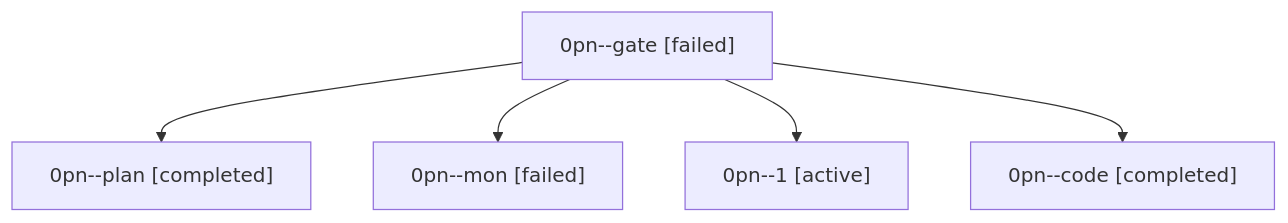
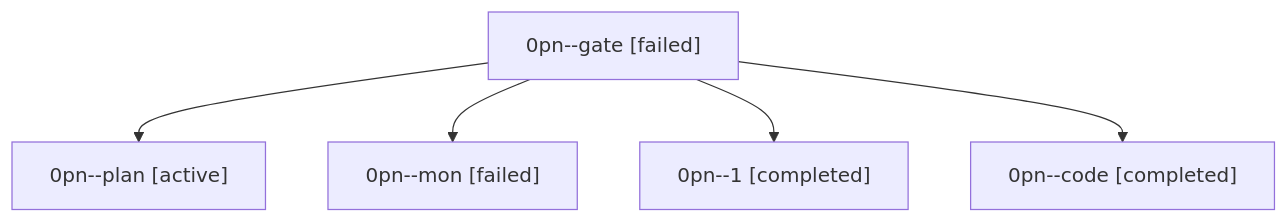
One commit to sase-org/sase--agents changed the diagram in families/bbugyi200.athena.0pn.md. Above: the diagram before and after it, drawn with Mermaid. The commit also changed other lines of this file and 35830 other files, not shown here.

````diff
--- a/families/bbugyi200.athena.0pn.md
+++ b/families/bbugyi200.athena.0pn.md
@@ -9,12 +9,12 @@
 ```mermaid
 flowchart TD
   n0["0pn--gate [failed]"]
-  n1["0pn--plan [completed]"]
+  n1["0pn--plan [active]"]
   n0 --> n1
   n2["0pn--mon [failed]"]
   n0 --> n2
-  n3["0pn--1 [active]"]
+  n3["0pn--1 [completed]"]
   n0 --> n3
   n4["0pn--code [completed]"]
   n0 --> n4
 ```
````
